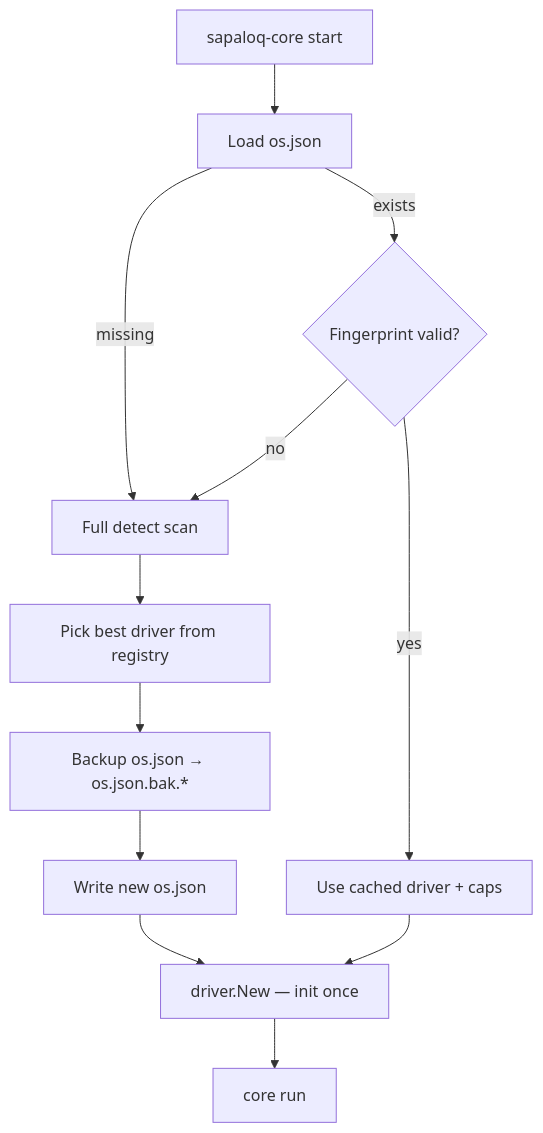
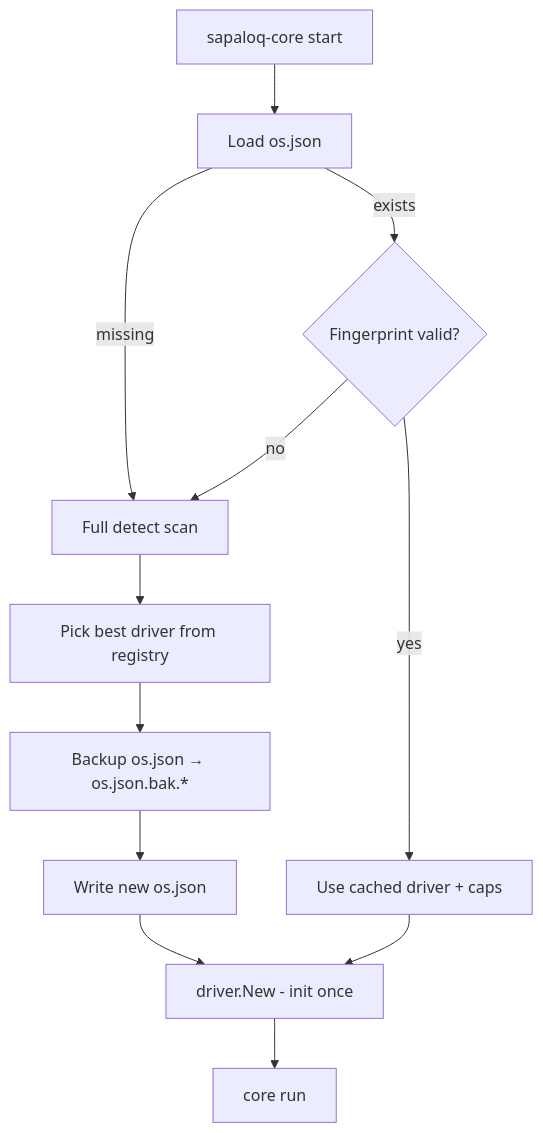
The diagram in docs/DRIVER.md (jahrulnr/sapaloq), drawn with Mermaid before and after one commit. The commit also changed other lines of this file and 255 other files, not shown here.

````diff
--- a/docs/DRIVER.md
+++ b/docs/DRIVER.md
@@ -40,22 +40,22 @@
 ```mermaid
 flowchart TD
   START[sapaloq-core start]
   LOAD[Load os.json]
   FP{Fingerprint valid?}
   FAST[Use cached driver + caps]
   SCAN[Full detect scan]
   PICK[Pick best driver from registry]
   BAK[Backup os.json → os.json.bak.*]
   WRITE[Write new os.json]
-  INIT[driver.New — init once]
+  INIT[driver.New - init once]
   RUN[core run]
 
   START --> LOAD
   LOAD -->|missing| SCAN
   LOAD -->|exists| FP
   FP -->|yes| FAST
   FP -->|no| SCAN
   SCAN --> PICK --> BAK --> WRITE --> INIT
   FAST --> INIT
   INIT --> RUN
 ```
````
